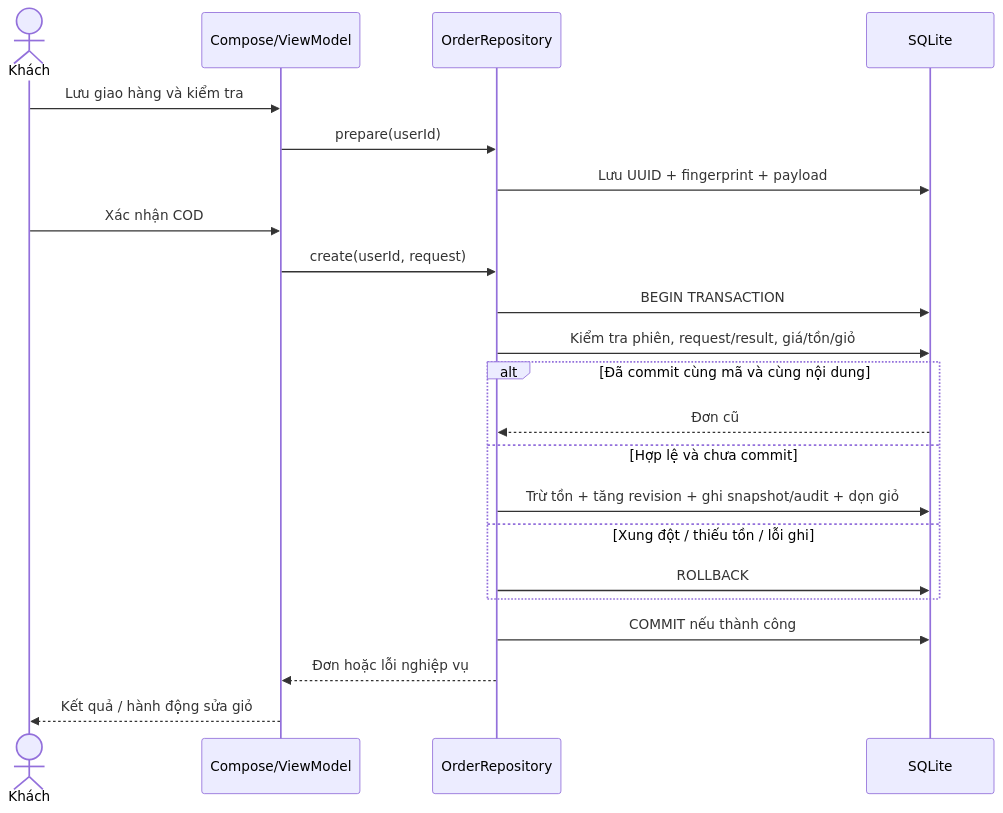
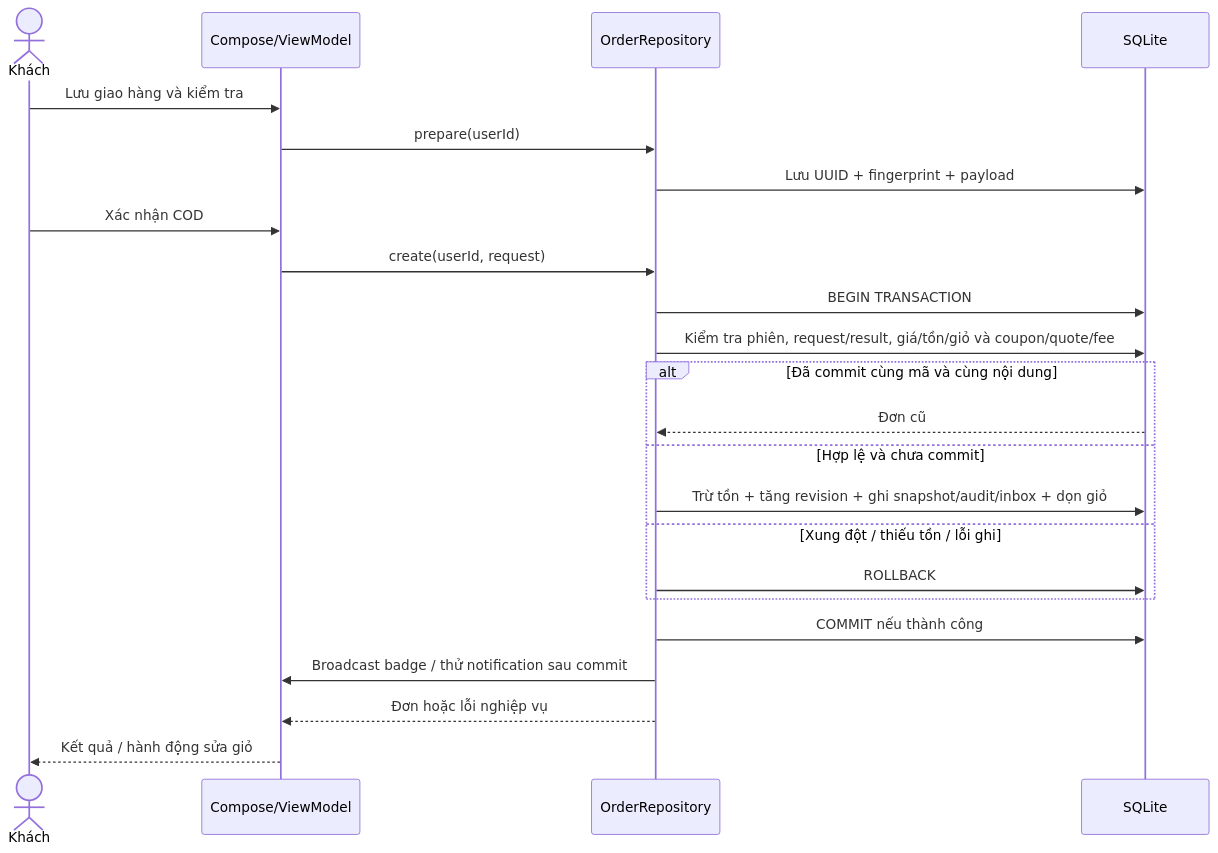
Before and after one commit to tdn1997/bloomy-beauty: the fourth of 7 diagrams in docs/bao-cao/so-do.md, drawn with Mermaid. The commit also changed other lines of this file and 715 other files, not shown here.

````diff
--- a/docs/bao-cao/so-do.md
+++ b/docs/bao-cao/so-do.md
@@ -75,24 +92,25 @@
 ```mermaid
 sequenceDiagram
     actor Customer as Khách
     participant UI as Compose/ViewModel
     participant Repo as OrderRepository
     participant DB as SQLite
     Customer->>UI: Lưu giao hàng và kiểm tra
     UI->>Repo: prepare(userId)
     Repo->>DB: Lưu UUID + fingerprint + payload
     Customer->>UI: Xác nhận COD
     UI->>Repo: create(userId, request)
     Repo->>DB: BEGIN TRANSACTION
-    Repo->>DB: Kiểm tra phiên, request/result, giá/tồn/giỏ
+    Repo->>DB: Kiểm tra phiên, request/result, giá/tồn/giỏ và coupon/quote/fee
     alt Đã commit cùng mã và cùng nội dung
         DB-->>Repo: Đơn cũ
     else Hợp lệ và chưa commit
-        Repo->>DB: Trừ tồn + tăng revision + ghi snapshot/audit + dọn giỏ
+        Repo->>DB: Trừ tồn + tăng revision + ghi snapshot/audit/inbox + dọn giỏ
     else Xung đột / thiếu tồn / lỗi ghi
         Repo->>DB: ROLLBACK
     end
     Repo->>DB: COMMIT nếu thành công
+    Repo->>UI: Broadcast badge / thử notification sau commit
     Repo-->>UI: Đơn hoặc lỗi nghiệp vụ
     UI-->>Customer: Kết quả / hành động sửa giỏ
 ```
````
